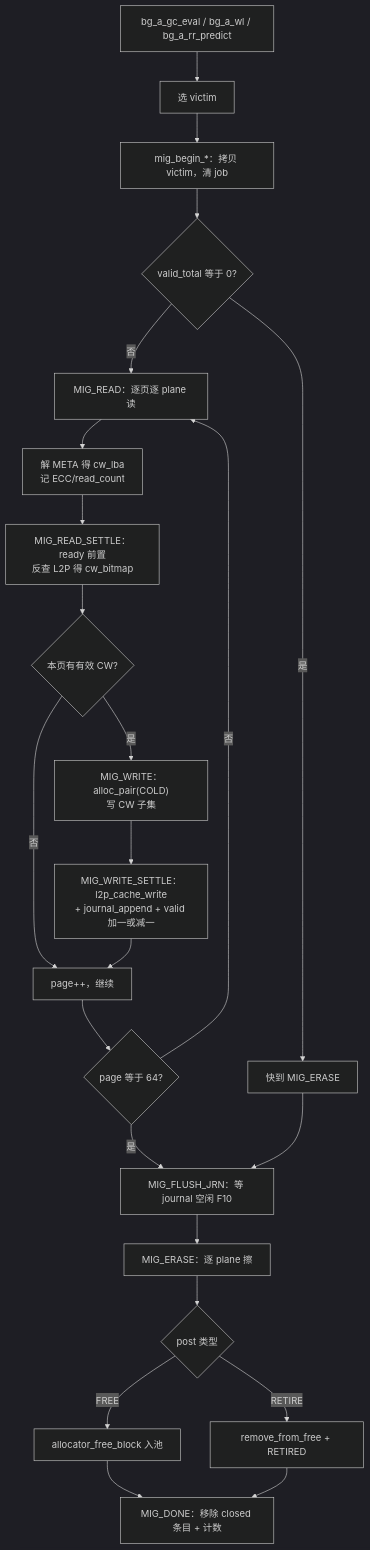
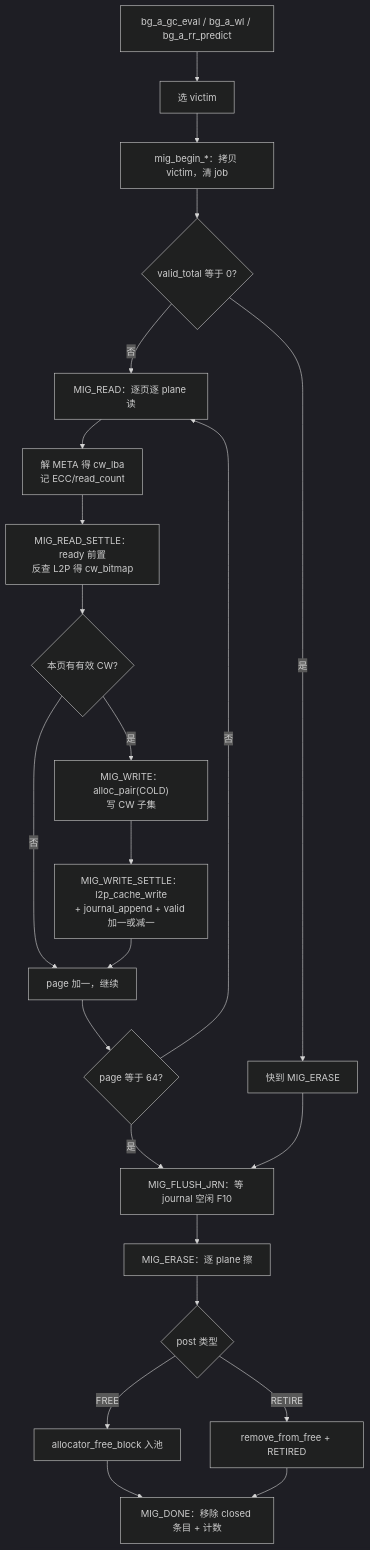
One commit to YzYMIAO/BASESSD changed diagram 26 of 28 in docs/design/ftl_design.md. Above: the diagram before and after it, drawn with Mermaid (dark theme). The commit also changed other lines of this file, not shown here.

First line of the commit message:
docs(ftl): 补充推荐阅读顺序并清理 mermaid 序列图

````diff
--- a/docs/design/ftl_design.md
+++ b/docs/design/ftl_design.md
@@ -3066,25 +3096,25 @@
 ```mermaid
 flowchart TD
     A["bg_a_gc_eval / bg_a_wl / bg_a_rr_predict"] --> B["选 victim"]
     B --> C["mig_begin_*：拷贝 victim，清 job"]
     C --> D{"valid_total 等于 0?"}
     D -- "是" --> E["快到 MIG_ERASE"]
     D -- "否" --> F["MIG_READ：逐页逐 plane 读"]
     F --> G["解 META 得 cw_lba<br/>记 ECC/read_count"]
     G --> H["MIG_READ_SETTLE：ready 前置<br/>反查 L2P 得 cw_bitmap"]
     H --> I{"本页有有效 CW?"}
-    I -- "否" --> J["page++，继续"]
+    I -- "否" --> J["page 加一，继续"]
     I -- "是" --> K["MIG_WRITE：alloc_pair(COLD)<br/>写 CW 子集"]
     K --> L["MIG_WRITE_SETTLE：l2p_cache_write<br/>+ journal_append + valid 加一或减一"]
     L --> J
     J --> M{"page 等于 64?"}
     M -- "否" --> F
     M -- "是" --> N["MIG_FLUSH_JRN：等 journal 空闲 F10 "]
     N --> O["MIG_ERASE：逐 plane 擦"]
     O --> P{"post 类型"}
     P -- "FREE" --> Q["allocator_free_block 入池 "]
     P -- "RETIRE" --> R["remove_from_free + RETIRED"]
     Q --> S["MIG_DONE：移除 closed 条目 + 计数"]
     R --> S
     E --> N
 ```
````
